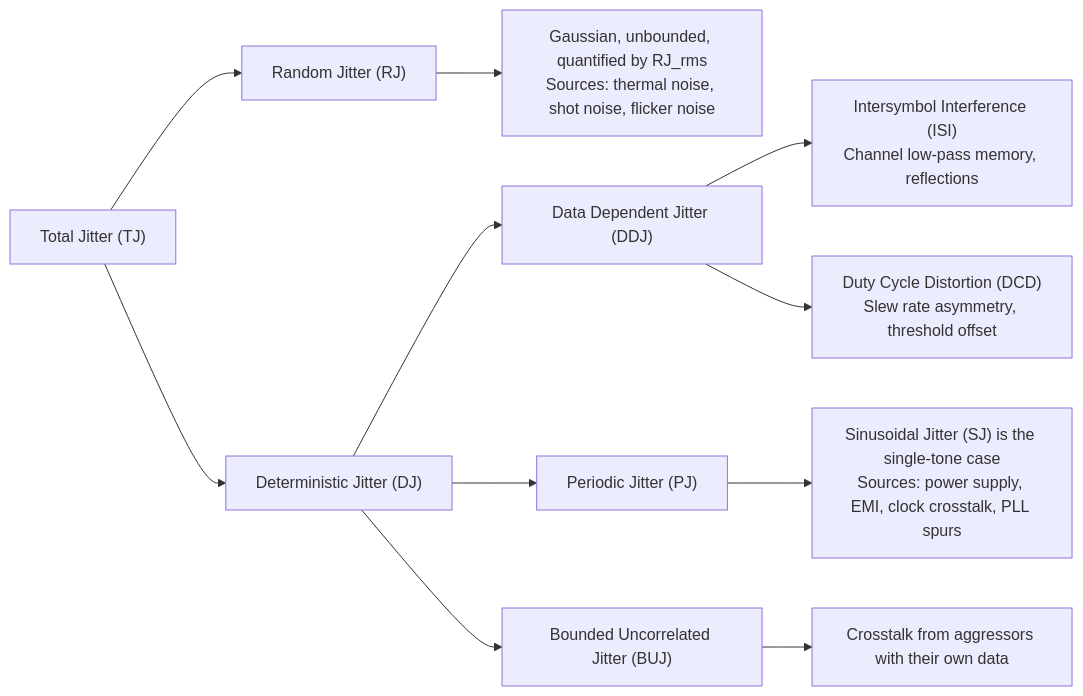
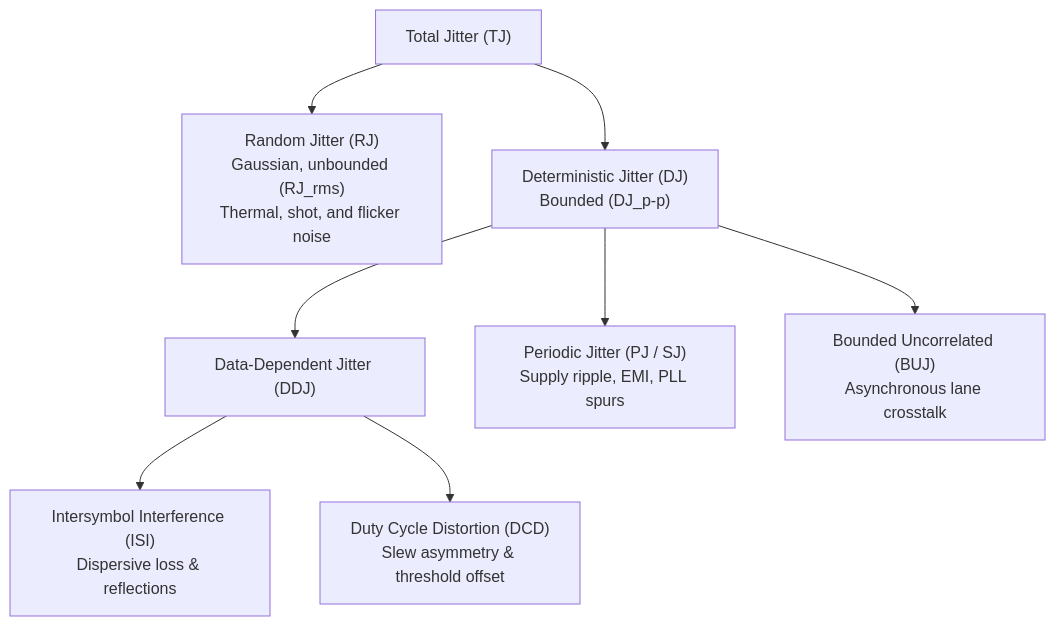
Before and after one commit to Lyd1aCla1r3/lyd1acla1r3.github.io: the diagram in blog/content/series/signal-integrity/10_Jitter_Decomposition_and_Measurement.md, drawn with Mermaid. The commit also changed other lines of this file and 243 other files, not shown here.

````diff
--- a/blog/content/series/signal-integrity/10_Jitter_Decomposition_and_Measurement.md
+++ b/blog/content/series/signal-integrity/10_Jitter_Decomposition_and_Measurement.md
@@ -181,13 +181,10 @@
 ```mermaid
-graph LR
-    TJ["Total Jitter (TJ)"] --> RJ["Random Jitter (RJ)"]
-    TJ --> DJ["Deterministic Jitter (DJ)"]
-    RJ --> RJ_DESC["Gaussian, unbounded, quantified by RJ_rms<br/>Sources: thermal noise, shot noise, flicker noise"]
-    DJ --> DDJ["Data Dependent Jitter (DDJ)"]
-    DJ --> PJ["Periodic Jitter (PJ)"]
-    DJ --> BUJ["Bounded Uncorrelated Jitter (BUJ)"]
-    DDJ --> ISI["Intersymbol Interference (ISI)<br/>Channel low-pass memory, reflections"]
-    DDJ --> DCD["Duty Cycle Distortion (DCD)<br/>Slew rate asymmetry, threshold offset"]
-    PJ --> PJ_DESC["Sinusoidal Jitter (SJ) is the single-tone case<br/>Sources: power supply, EMI, clock crosstalk, PLL spurs"]
-    BUJ --> BUJ_DESC["Crosstalk from aggressors with their own data"]
+flowchart TD
+    TJ["Total Jitter (TJ)"] --> RJ["Random Jitter (RJ)<br/>Gaussian, unbounded (RJ_rms)<br/>Thermal, shot, and flicker noise"]
+    TJ --> DJ["Deterministic Jitter (DJ)<br/>Bounded (DJ_p-p)"]
+    DJ --> DDJ["Data-Dependent Jitter (DDJ)"]
+    DJ --> PJ["Periodic Jitter (PJ / SJ)<br/>Supply ripple, EMI, PLL spurs"]
+    DJ --> BUJ["Bounded Uncorrelated (BUJ)<br/>Asynchronous lane crosstalk"]
+    DDJ --> ISI["Intersymbol Interference (ISI)<br/>Dispersive loss & reflections"]
+    DDJ --> DCD["Duty Cycle Distortion (DCD)<br/>Slew asymmetry & threshold offset"]
 ```
````
